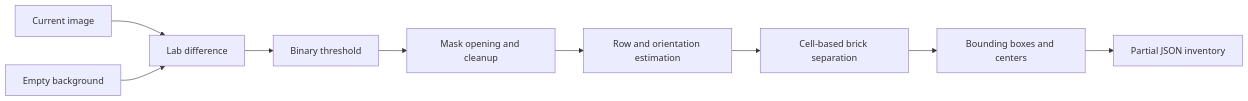
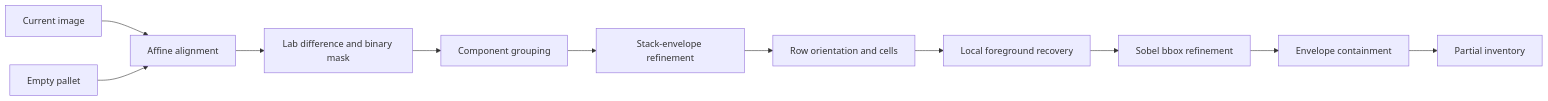
The diagram in docs/person_1_notes.md (Comentario/robo.innovate-hackathon-TUM), drawn with Mermaid before and after one commit. The commit also changed other lines of this file and 15 other files, not shown here.

````diff
--- a/docs/person_1_notes.md
+++ b/docs/person_1_notes.md
@@ -9,11 +9,13 @@
 ```mermaid
 flowchart LR
-    A[Current image] --> C[Lab difference]
-    B[Empty background] --> C
-    C --> D[Binary threshold]
-    D --> E[Mask opening and cleanup]
-    E --> F[Row and orientation estimation]
-    F --> G[Cell-based brick separation]
-    G --> H[Bounding boxes and centers]
-    H --> I[Partial JSON inventory]
+    A[Current image] --> C[Affine alignment]
+    B[Empty pallet] --> C
+    C --> D[Lab difference and binary mask]
+    D --> E[Component grouping]
+    E --> F[Stack-envelope refinement]
+    F --> G[Row orientation and cells]
+    G --> H[Local foreground recovery]
+    H --> I[Sobel bbox refinement]
+    I --> J[Envelope containment]
+    J --> K[Partial inventory]
 ```
````
